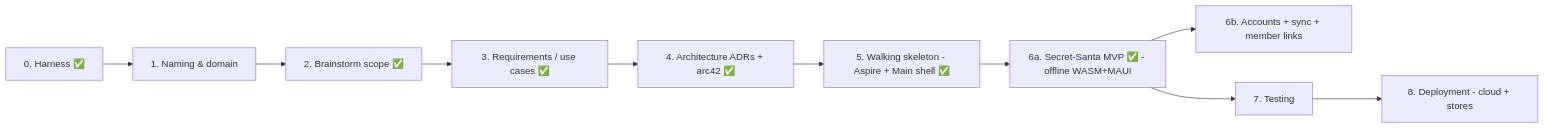
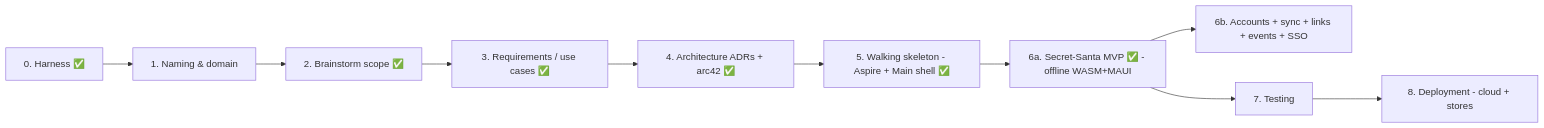
Before and after one commit to CircleTools-ch/circletools-suite: the diagram in docs/roadmap/roadmap.md, drawn with Mermaid. The commit also changed other lines of this file and 10 other files, not shown here.

````diff
--- a/docs/roadmap/roadmap.md
+++ b/docs/roadmap/roadmap.md
@@ -5,12 +5,12 @@
 ```mermaid
 flowchart LR
     H[0. Harness ✅] --> N[1. Naming & domain]
     N --> B[2. Brainstorm scope ✅]
     B --> R[3. Requirements / use cases ✅]
     R --> A[4. Architecture ADRs + arc42 ✅]
     A --> W[5. Walking skeleton - Aspire + Main shell ✅]
     W --> S[6a. Secret-Santa MVP ✅ - offline WASM+MAUI]
-    S --> S2[6b. Accounts + sync + member links]
+    S --> S2[6b. Accounts + sync + links + events + SSO]
     S --> T[7. Testing]
     T --> D[8. Deployment - cloud + stores]
 ```
````
